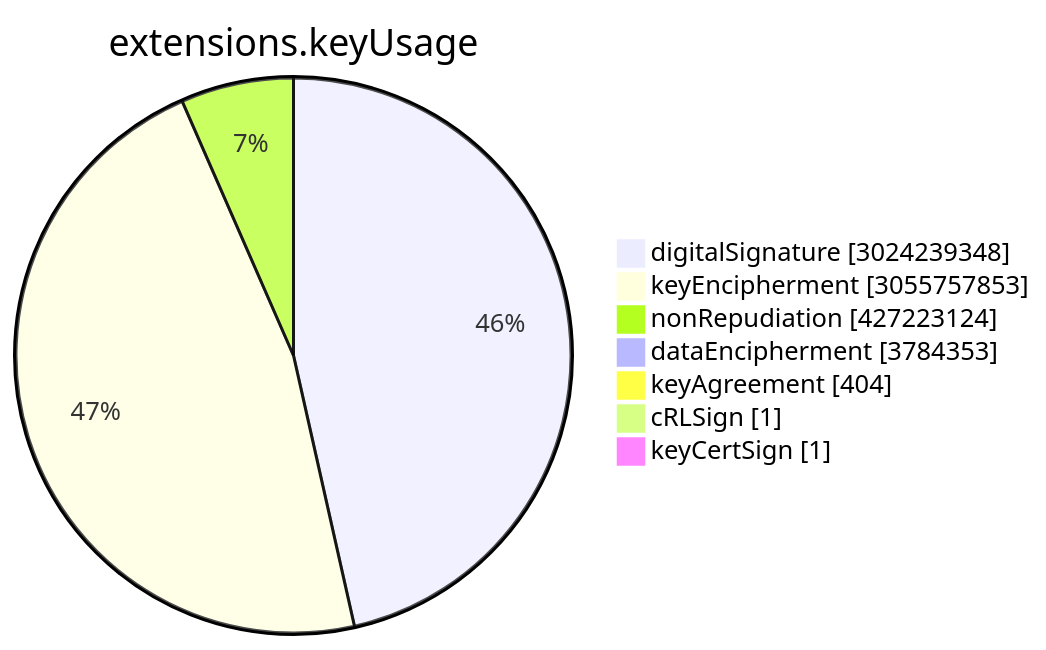
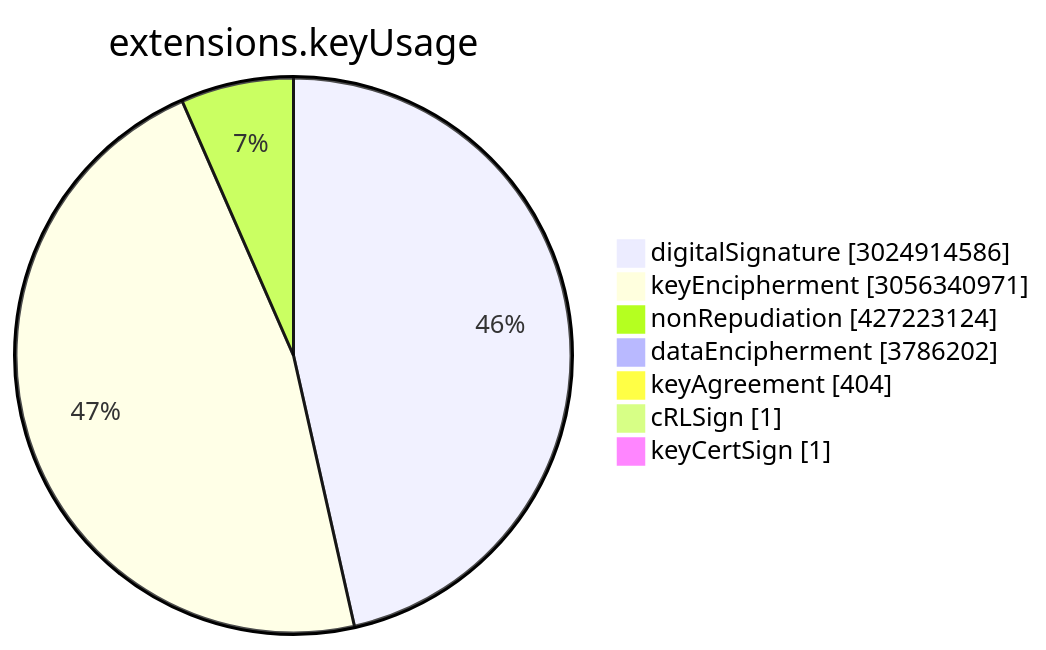
Before and after one commit to christiankrug/ctmonitor_visualization: the sixth of 15 diagrams in TOTAL/README.md, drawn with Mermaid. The commit also changed other lines of this file, not shown here.

````diff
--- a/TOTAL/README.md
+++ b/TOTAL/README.md
@@ -3077,11 +3077,11 @@
 ```mermaid
 pie showData
 title extensions.keyUsage
-"digitalSignature" :3024239348
-"keyEncipherment" :3055757853
+"digitalSignature" :3024914586
+"keyEncipherment" :3056340971
 "nonRepudiation" :427223124
-"dataEncipherment" :3784353
+"dataEncipherment" :3786202
 "keyAgreement" :404
 "cRLSign" :1
 "keyCertSign" :1
 ```
````
